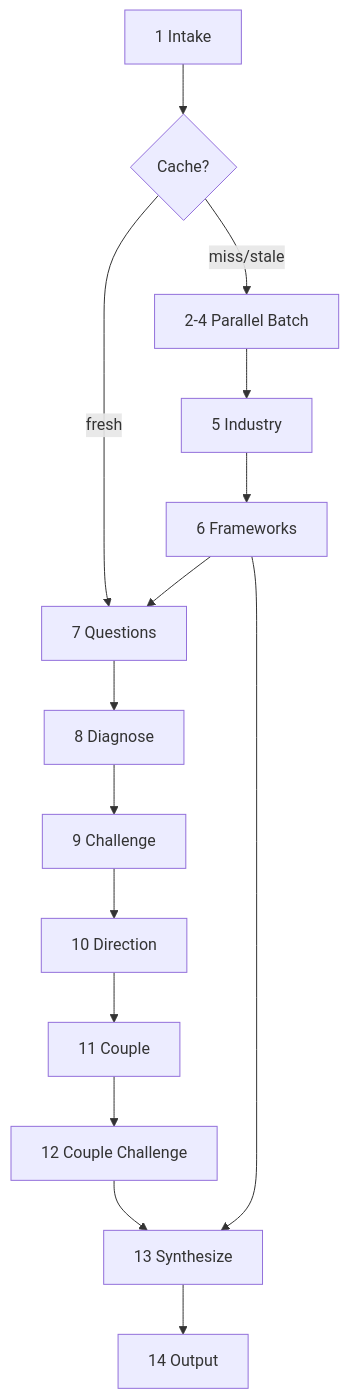
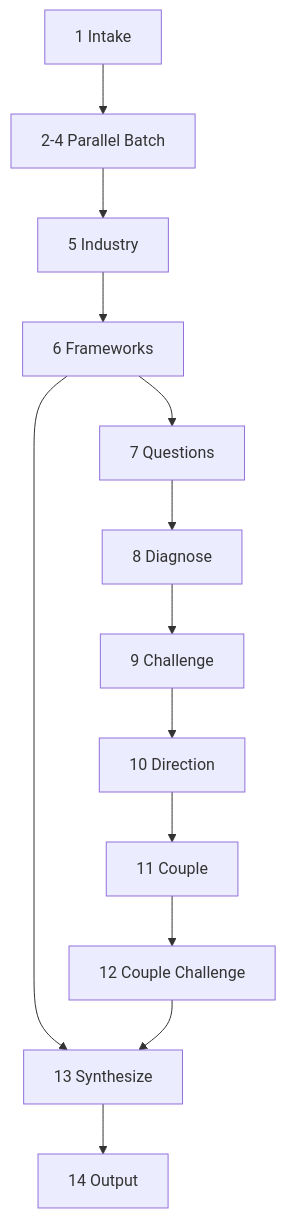
One commit to cppalliance/tools-public changed the diagram in tools/diligence.md. Above: the diagram before and after it, drawn with Mermaid. The commit also changed other lines of this file and 2 other files, not shown here.

````diff
--- a/tools/diligence.md
+++ b/tools/diligence.md
@@ -13,17 +13,15 @@
 ```mermaid
 flowchart TD
-    P1[1 Intake] --> PC{Cache?}
-    PC -- fresh --> P7[7 Questions]
-    PC -- miss/stale --> PB["2-4 Parallel Batch"]
+    P1[1 Intake] --> PB["2-4 Parallel Batch"]
     PB --> P5[5 Industry]
     P5 --> P6[6 Frameworks]
-    P6 --> P7
+    P6 --> P7[7 Questions]
     P7 --> P8[8 Diagnose]
     P8 --> P9[9 Challenge]
     P9 --> P10[10 Direction]
     P10 --> P11[11 Couple]
     P11 --> P12[12 Couple Challenge]
     P6 --> P13
     P12 --> P13[13 Synthesize]
     P13 --> P14[14 Output]
 ```
````
